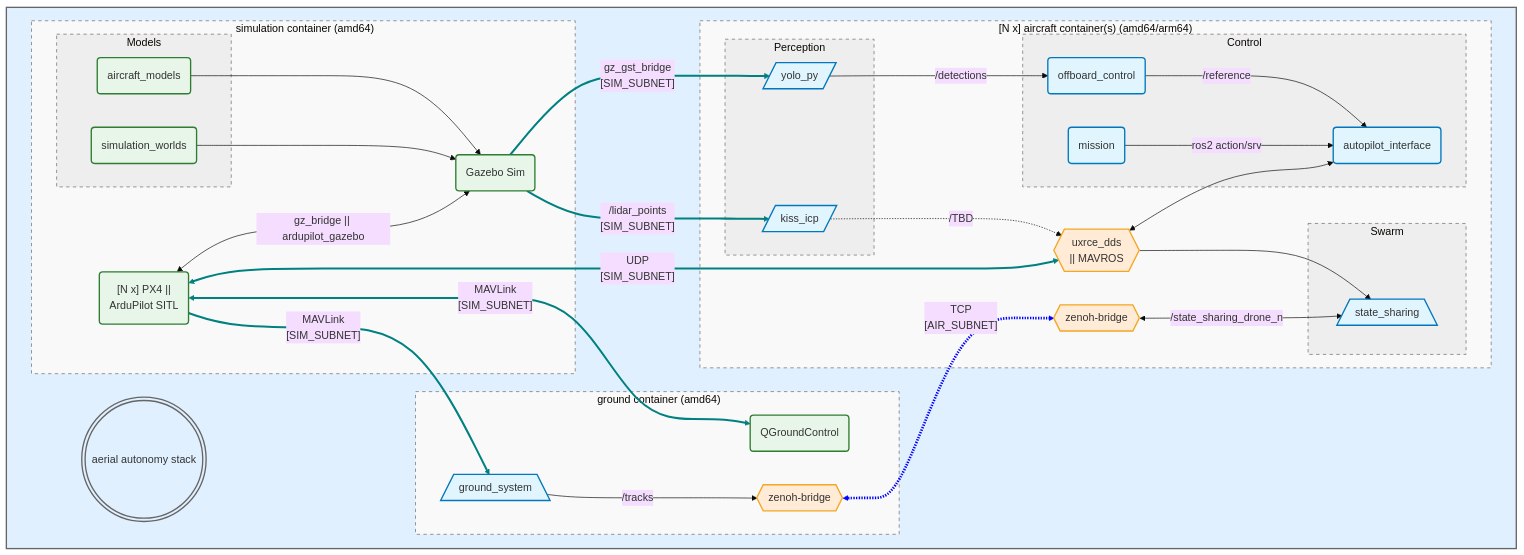
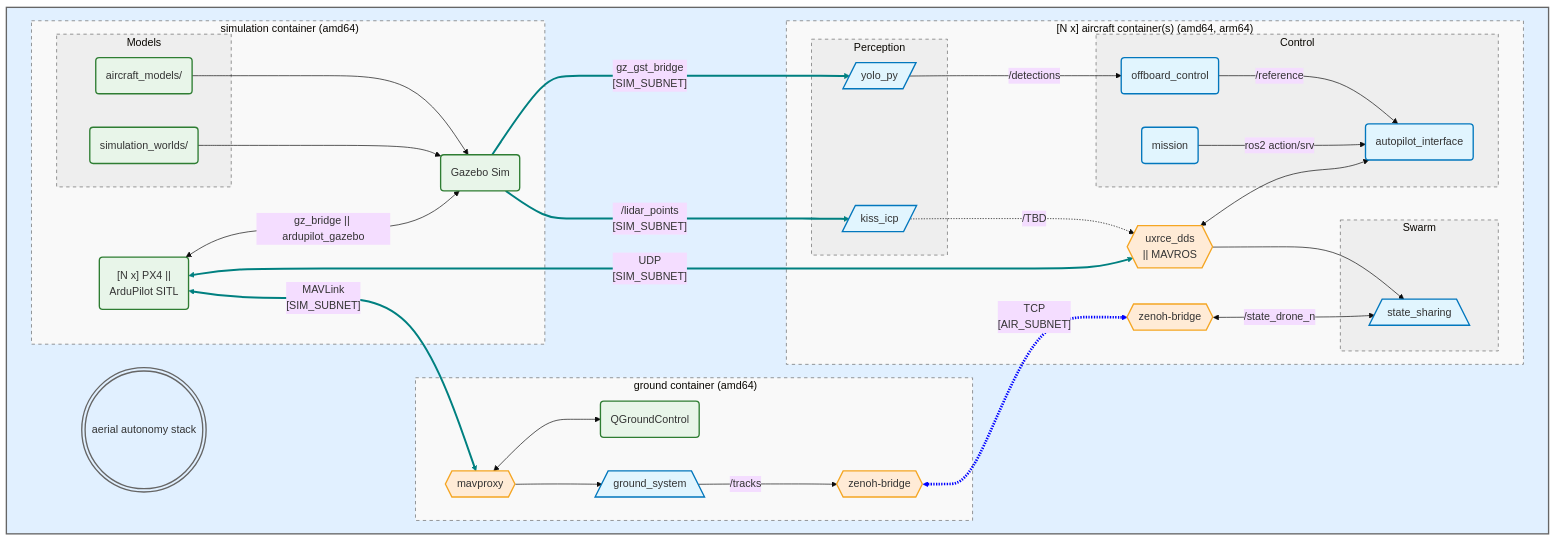
Before and after one commit to petayyyy/aerial-autonomy-stack: the diagram in README.md, drawn with Mermaid.

Commit message:
updated mermaid chart to reflect mavproxy splitter

````diff
--- a/README.md
+++ b/README.md
@@ -51,75 +51,76 @@
 ```mermaid
 %%{init: {'theme': 'base', 'themeVariables': { 'fontFamily': 'monospace'}}}%%
 flowchart TB
     subgraph aas [" "]
         subgraph sim ["#nbsp;simulation#nbsp;container#nbsp;(amd64)"]
             sitl("[N x] PX4 || <br/> ArduPilot SITL"):::resource
             gz(Gazebo Sim):::resource
             subgraph models [Models]
-                drones(aircraft_models):::resource
-                worlds(simulation_worlds):::resource
+                drones(aircraft_models/):::resource
+                worlds(simulation_worlds/):::resource
             end
 
             drones --> gz
             worlds --> gz
             sitl <--> |"gz_bridge || ardupilot_gazebo"| gz
         end
 
         subgraph gnd ["#nbsp;ground#nbsp;container#nbsp;(amd64)"]
+            mavproxy{{mavproxy}}:::bridge
             ground_system[/ground_system\]:::algo
             qgc(QGroundControl):::resource
             zenoh_gnd{{zenoh-bridge}}:::bridge
 
-            ground_system ~~~ qgc
-            ground_system --> |"/tracks"| zenoh_gnd  
+            ground_system --> |"/tracks"| zenoh_gnd
+            mavproxy <--> qgc
+            mavproxy --> ground_system
         end
 
-        subgraph air ["[N#nbsp;x]#nbsp;aircraft#nbsp;container(s)#nbsp;(amd64/arm64)"]
+        subgraph air ["[N#nbsp;x]#nbsp;aircraft#nbsp;container(s)#nbsp;(amd64,#nbsp;arm64)"]
             subgraph perception [Perception]
                 yolo_py[/yolo_py/]:::algo
                 kiss_icp[/kiss_icp/]:::algo
             end
             subgraph control [Control]
                 offboard_control(offboard_control):::algo
                 autopilot_interface(autopilot_interface):::algo
                 mission(mission):::algo
             end
             ap_link{{"uxrce_dds <br/> || MAVROS"}}:::bridge
             subgraph swarm [Swarm]
                 state_sharing[/state_sharing\]:::algo
             end
             zenoh_air{{zenoh-bridge}}:::bridge
 
             kiss_icp -.-> |"/TBD"| ap_link
             ap_link <--> autopilot_interface
             ap_link --> state_sharing
             yolo_py --> |"/detections"| offboard_control
             offboard_control --> |"/reference"| autopilot_interface
             mission --> |"ros2 action/srv"| autopilot_interface
-            zenoh_air <--> |"/state_sharing_drone_n"| state_sharing
+            zenoh_air <--> |"/state_drone_n"| state_sharing
         end
 
         repo(((aerial#nbsp;autonomy#nbsp;stack)))
     end
 
     repo ~~~ gz
     gz --> |"gz_gst_bridge <br/> [SIM_SUBNET]"| yolo_py
     gz --> |"/lidar_points <br/> [SIM_SUBNET]"| kiss_icp
     sitl <--> |"UDP <br/> [SIM_SUBNET]"| ap_link
-    sitl <--> |"MAVLink <br/> [SIM_SUBNET]"| qgc 
-    sitl --> |"MAVLink <br/> [SIM_SUBNET]"| ground_system
+    sitl <--> |"MAVLink <br/> [SIM_SUBNET]"| mavproxy 
     zenoh_gnd <-.-> |"TCP <br/> [AIR_SUBNET]"| zenoh_air
 
     classDef bridge fill:#ffebd6,stroke:#f5a623,stroke-width:2px;
     classDef algo fill:#e1f5fe,stroke:#0277bd,stroke-width:2px;
     classDef resource fill:#e8f5e9,stroke:#2e7d32,stroke-width:2px;
     classDef blueStyle  fill:#e1f0ff,stroke:#666,stroke-width:2px;
     classDef whiteStyle fill:#f9f9f9,stroke:#666,stroke-width:1px,stroke-dasharray: 5 5;
     classDef greyStyle  fill:#eeeeee,stroke:#666,stroke-width:1px,stroke-dasharray: 5 5;
 
     class aas,repo blueStyle;
     class air,gnd,sim whiteStyle;
     class perception,control,models,swarm greyStyle;
-    linkStyle 13,14,15,16,17 stroke:teal,stroke-width:3px;
+    linkStyle 14,15,16,17 stroke:teal,stroke-width:3px;
     linkStyle 18 stroke:blue,stroke-width:4px;
 ```
````
